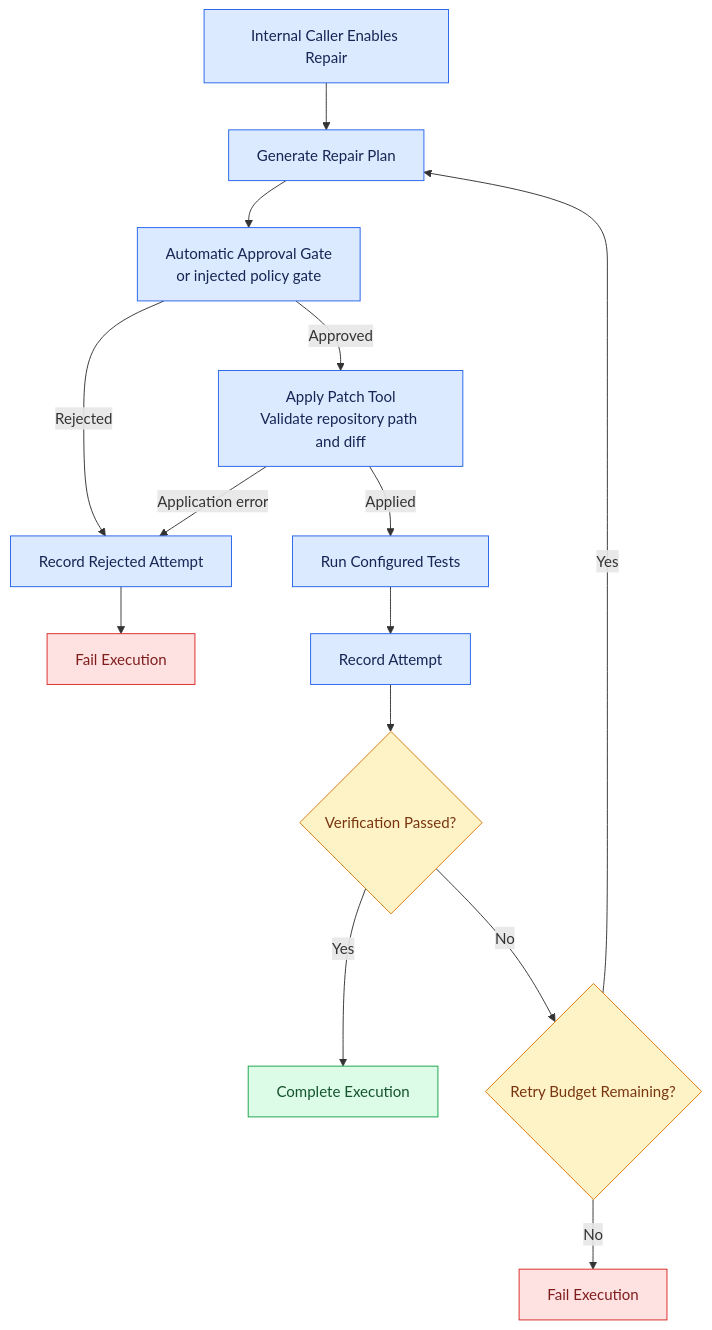
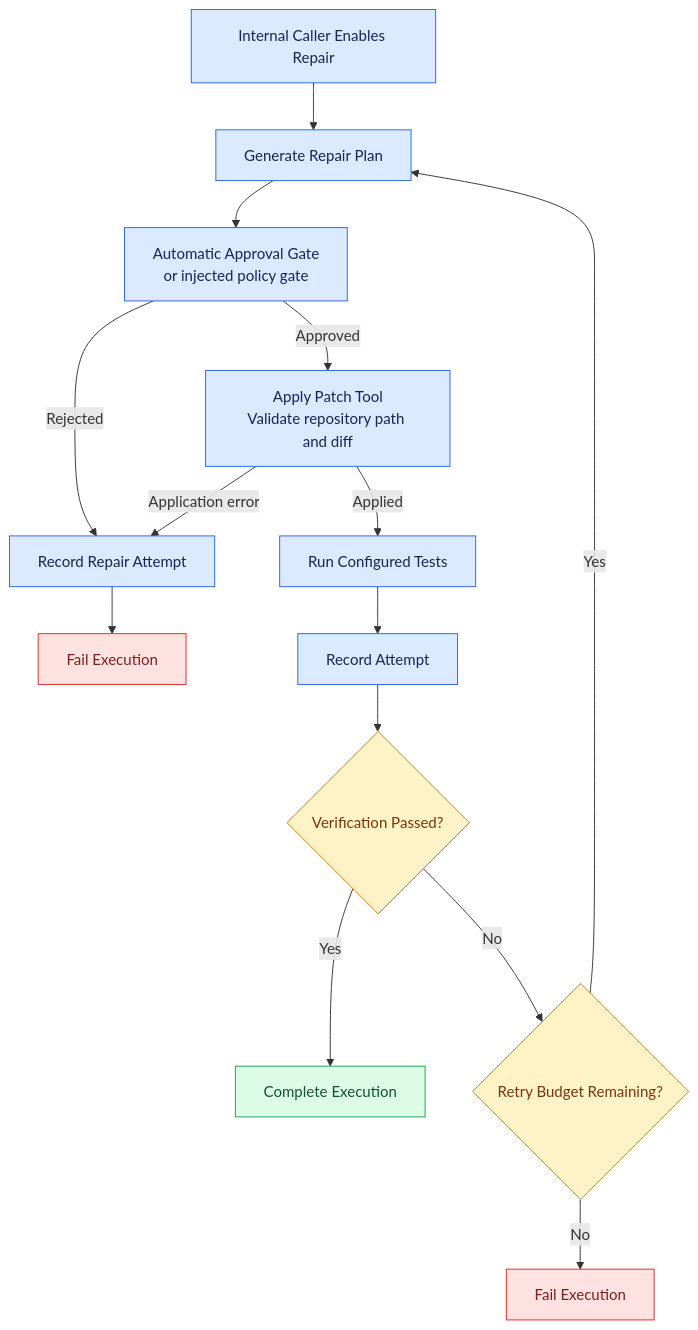
The third of 3 diagrams in README.md (juyelhushen/sentinel), drawn with Mermaid before and after one commit. The commit also changed 1 other file, not shown here.

Commit message:
readme reviewd

````diff
--- a/README.md
+++ b/README.md
@@ -109,26 +109,26 @@
 ```mermaid
 flowchart TD
     A["Internal Caller Enables Repair"] --> B["Generate Repair Plan"]
     B --> C["Automatic Approval Gate<br/>or injected policy gate"]
-    C -- Rejected --> H["Record Rejected Attempt"]
+    C -- Rejected --> H["Record Repair Attempt"]
     H --> I["Fail Execution"]
     C -- Approved --> D["Apply Patch Tool<br/>Validate repository path and diff"]
     D -- Application error --> H
     D -- Applied --> E["Run Configured Tests"]
     E --> F["Record Attempt"]
     F --> G{"Verification Passed?"}
     G -- Yes --> J["Complete Execution"]
     G -- No --> K{"Retry Budget Remaining?"}
     K -- Yes --> B
     K -- No --> L["Fail Execution"]
 
     classDef action fill:#dbeafe,stroke:#2563eb,color:#172554
     classDef decision fill:#fef3c7,stroke:#d97706,color:#78350f
     classDef success fill:#dcfce7,stroke:#16a34a,color:#14532d
     classDef failure fill:#fee2e2,stroke:#dc2626,color:#7f1d1d
 
     class A,B,C,D,E,F,H action
     class G,K decision
     class J success
     class I,L failure
 ```
````
